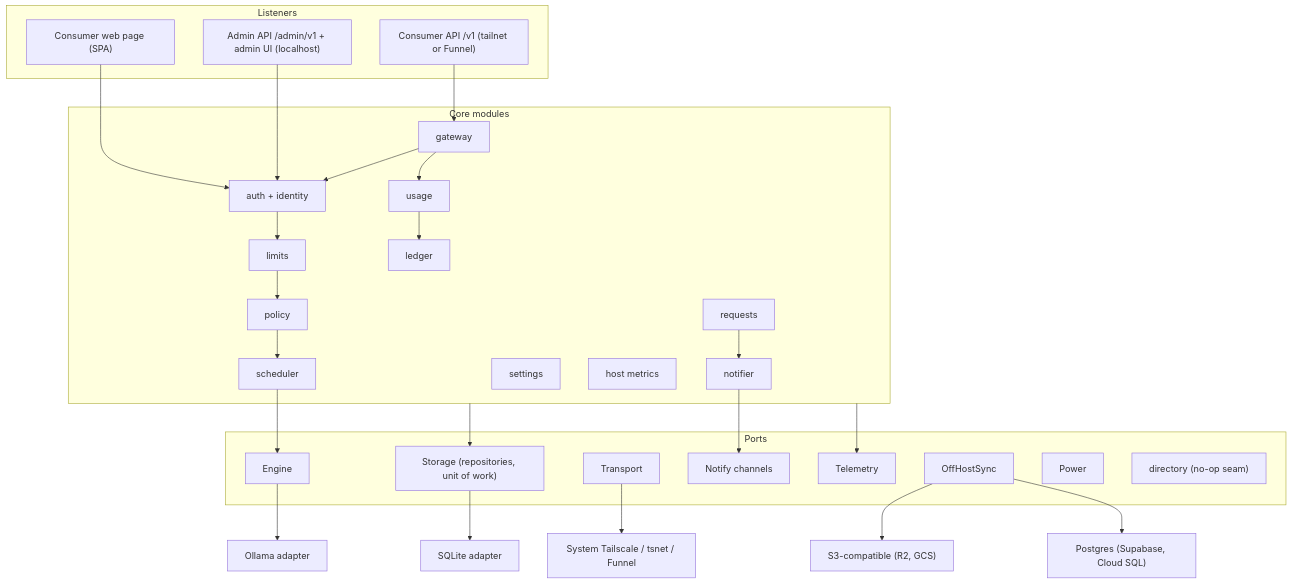
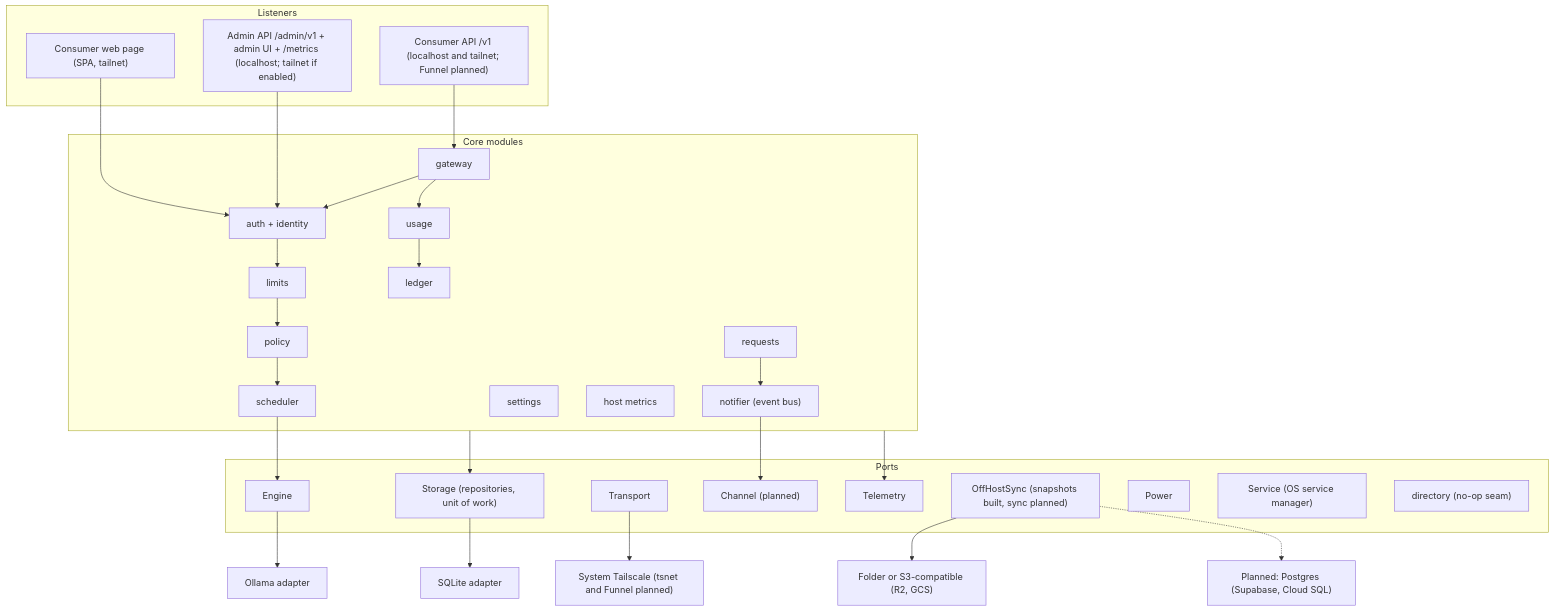
One commit to inCoderKaka/local-server changed the second of 3 diagrams in docs/design_docs/hld.md. Above: the diagram before and after it, drawn with Mermaid. The commit also changed other lines of this file, not shown here.

First line of the commit message:
docs(platform): HLD reconciled with the code as built (req_001 D-63, D-141)

````diff
--- a/docs/design_docs/hld.md
+++ b/docs/design_docs/hld.md
@@ -101,44 +117,45 @@
 ```mermaid
 flowchart TB
   subgraph Listeners
-    CAPI["Consumer API /v1 (tailnet or Funnel)"]
-    CWEB["Consumer web page (SPA)"]
-    AAPI["Admin API /admin/v1 + admin UI (localhost)"]
+    CAPI["Consumer API /v1 (localhost and tailnet; Funnel planned)"]
+    CWEB["Consumer web page (SPA, tailnet)"]
+    AAPI["Admin API /admin/v1 + admin UI + /metrics (localhost; tailnet if enabled)"]
   end
   subgraph Core["Core modules"]
     GW["gateway"]
     AUTH["auth + identity"]
     POL["policy"]
     LIM["limits"]
     SCH["scheduler"]
     USE["usage"]
     LDG["ledger"]
     REQ["requests"]
-    NTF["notifier"]
+    NTF["notifier (event bus)"]
     SET["settings"]
     HM["host metrics"]
   end
   subgraph Ports
     EP["Engine"]
     TP["Transport"]
     SP["Storage (repositories, unit of work)"]
-    NP["Notify channels"]
+    NP["Channel (planned)"]
     TEL["Telemetry"]
-    OHS["OffHostSync"]
+    OHS["OffHostSync (snapshots built, sync planned)"]
     PWR["Power"]
+    SVC["Service (OS service manager)"]
     DIR["directory (no-op seam)"]
   end
   CAPI --> GW
   CWEB --> AUTH
   AAPI --> AUTH
   GW --> AUTH --> LIM --> POL --> SCH --> EP
   GW --> USE --> LDG
   REQ --> NTF --> NP
   Core --> SP
   Core --> TEL
   EP --> Ollama["Ollama adapter"]
-  TP --> TS["System Tailscale / tsnet / Funnel"]
+  TP --> TS["System Tailscale (tsnet and Funnel planned)"]
   SP --> SQL["SQLite adapter"]
-  OHS --> S3["S3-compatible (R2, GCS)"]
-  OHS --> PG["Postgres (Supabase, Cloud SQL)"]
+  OHS --> S3["Folder or S3-compatible (R2, GCS)"]
+  OHS -.-> PG["Planned: Postgres (Supabase, Cloud SQL)"]
 ```
````
